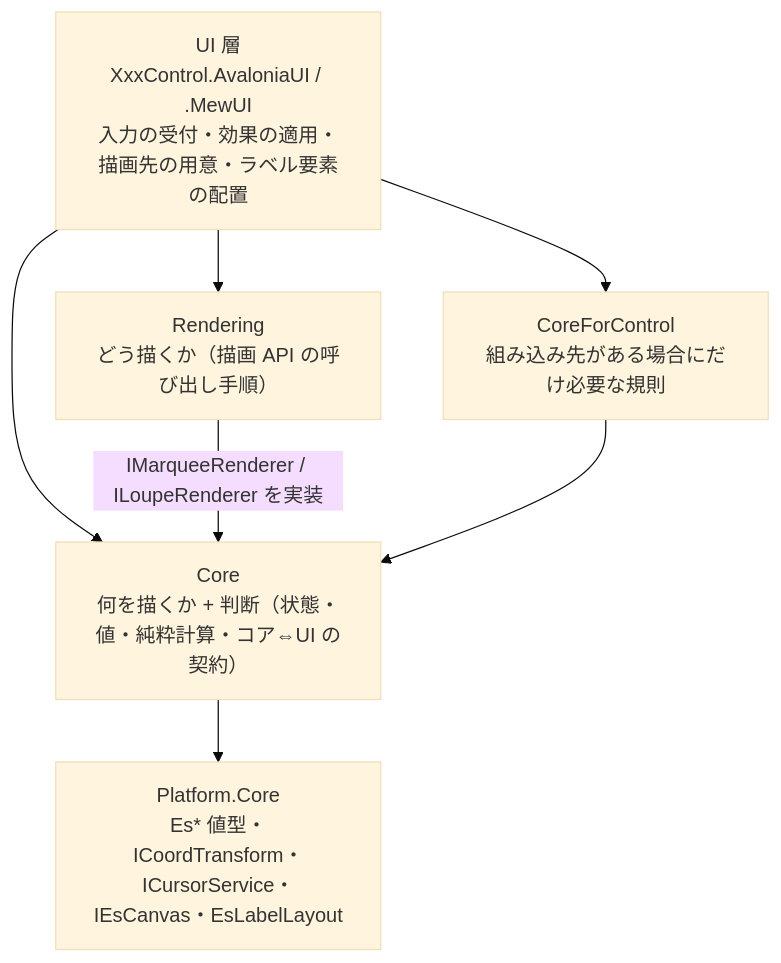
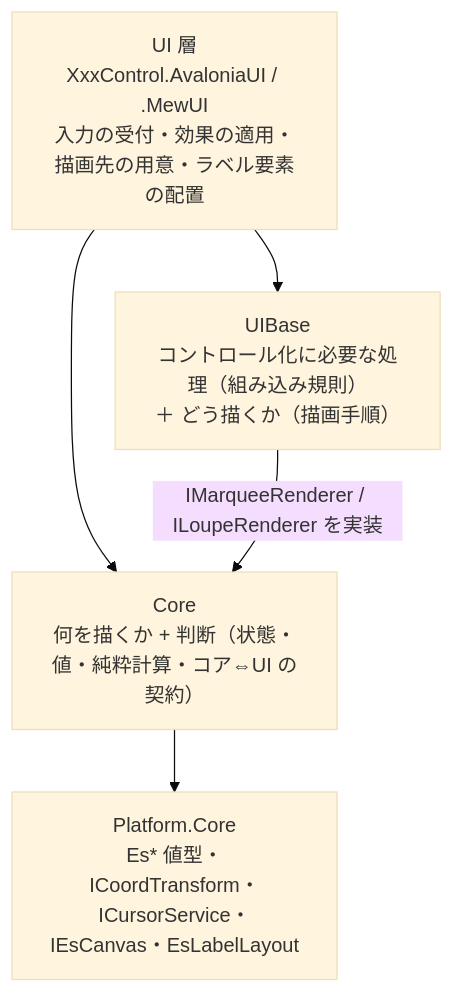
One commit to tomokuni/SaveEvidence changed the second of 2 diagrams in src/README.md. Above: the diagram before and after it, drawn with Mermaid (base theme). The commit also changed other lines of this file and 133 other files, not shown here.

First line of the commit message:
描画層と組み込み層を XxxControl.UIBase へ統合し 3 層構造にする

````diff
--- a/src/README.md
+++ b/src/README.md
@@ -24,13 +24,10 @@
 ```mermaid
 flowchart TB
     UI["UI 層<br/>XxxControl.AvaloniaUI / .MewUI<br/>入力の受付・効果の適用・描画先の用意・ラベル要素の配置"]
-    REN["Rendering<br/>どう描くか（描画 API の呼び出し手順）"]
-    CFC["CoreForControl<br/>組み込み先がある場合にだけ必要な規則"]
+    UB["UIBase<br/>コントロール化に必要な処理（組み込み規則）<br/>＋ どう描くか（描画手順）"]
     CORE["Core<br/>何を描くか + 判断（状態・値・純粋計算・コア⇔UI の契約）"]
-    UI --> REN
-    UI --> CFC
+    UI --> UB
     UI --> CORE
-    REN -->|IMarqueeRenderer / ILoupeRenderer を実装| CORE
-    CFC --> CORE
+    UB -->|IMarqueeRenderer / ILoupeRenderer を実装| CORE
     CORE --> PC["Platform.Core<br/>Es* 値型・ICoordTransform・ICursorService・IEsCanvas・EsLabelLayout"]
 ```
````
